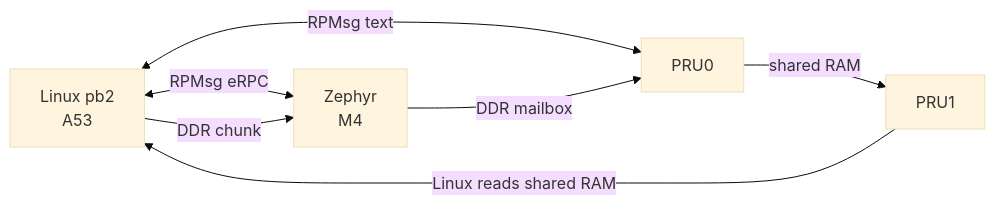
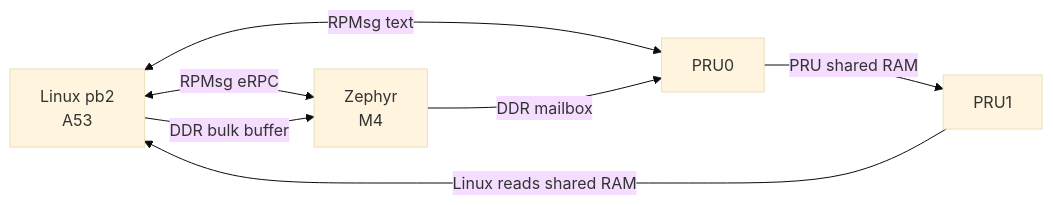
The diagram in README.md (kevinacahalan/pocketbeagle2-linux-zephyr-pru-demo), drawn with Mermaid (base theme) before and after one commit. The commit also changed other lines of this file and 2 other files, not shown here.

````diff
--- a/README.md
+++ b/README.md
@@ -7,13 +10,13 @@
 ```mermaid
 flowchart LR
   pb2["Linux pb2<br/>A53"]
   m4["Zephyr<br/>M4"]
   pru0["PRU0"]
   pru1["PRU1"]
   pb2 <-->|"RPMsg eRPC"| m4
-  pb2 -->|"DDR chunk"| m4
+  pb2 -->|"DDR bulk buffer"| m4
   pb2 <-->|"RPMsg text"| pru0
   m4 -->|"DDR mailbox"| pru0
-  pru0 -->|"shared RAM"| pru1
+  pru0 -->|"PRU shared RAM"| pru1
   pru1 -->|"Linux reads shared RAM"| pb2
 ```
````
